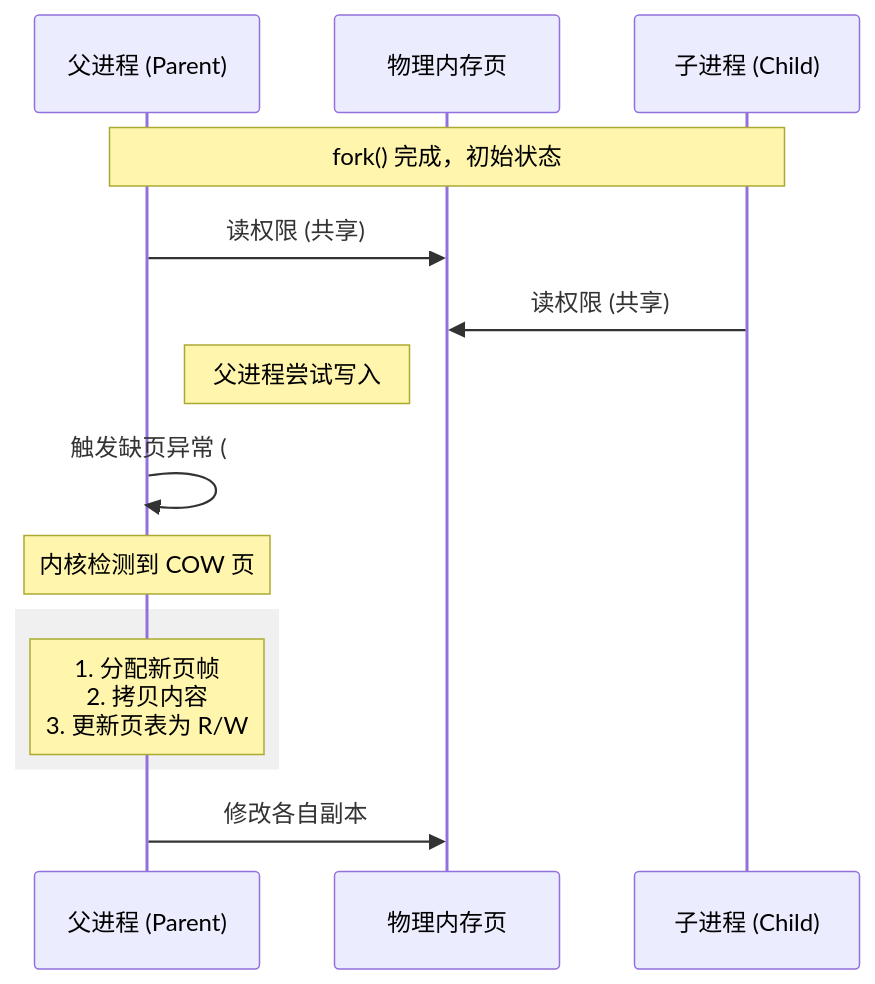
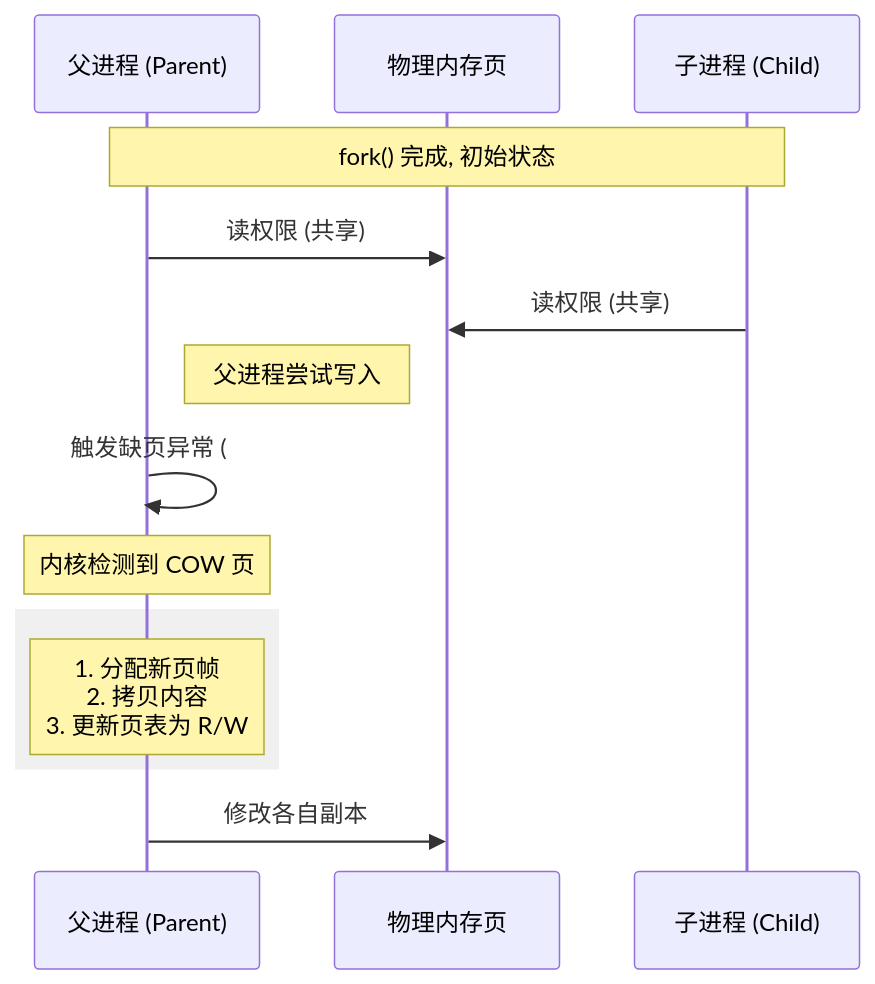
One commit to snowfrs/docs changed the fifth of 12 diagrams in content/docs/Projects/OS_Learn/M3_Processes_Scheduling.mdx. Above: the diagram before and after it, drawn with Mermaid. The commit also changed other lines of this file and 6 other files, not shown here.

Commit message:
docs(os-learn): standardize punctuation, convert diagrams to mermaid and refine layout

````diff
--- a/content/docs/Projects/OS_Learn/M3_Processes_Scheduling.mdx
+++ b/content/docs/Projects/OS_Learn/M3_Processes_Scheduling.mdx
@@ -305,18 +295,18 @@
 ```mermaid
 sequenceDiagram
     participant P as 父进程 (Parent)
     participant Page as 物理内存页
     participant C as 子进程 (Child)
 
-    Note over P, C: fork() 完成，初始状态
+    Note over P, C: fork() 完成, 初始状态
     P->>Page: 读权限 (共享)
     C->>Page: 读权限 (共享)
     
     Note right of P: 父进程尝试写入
     P->>P: 触发缺页异常 (#PF)
     Note over P: 内核检测到 COW 页
     rect rgb(240, 240, 240)
         Note over P: 1. 分配新页帧<br/>2. 拷贝内容<br/>3. 更新页表为 R/W
     end
     P->>Page: 修改各自副本
 ```
````
